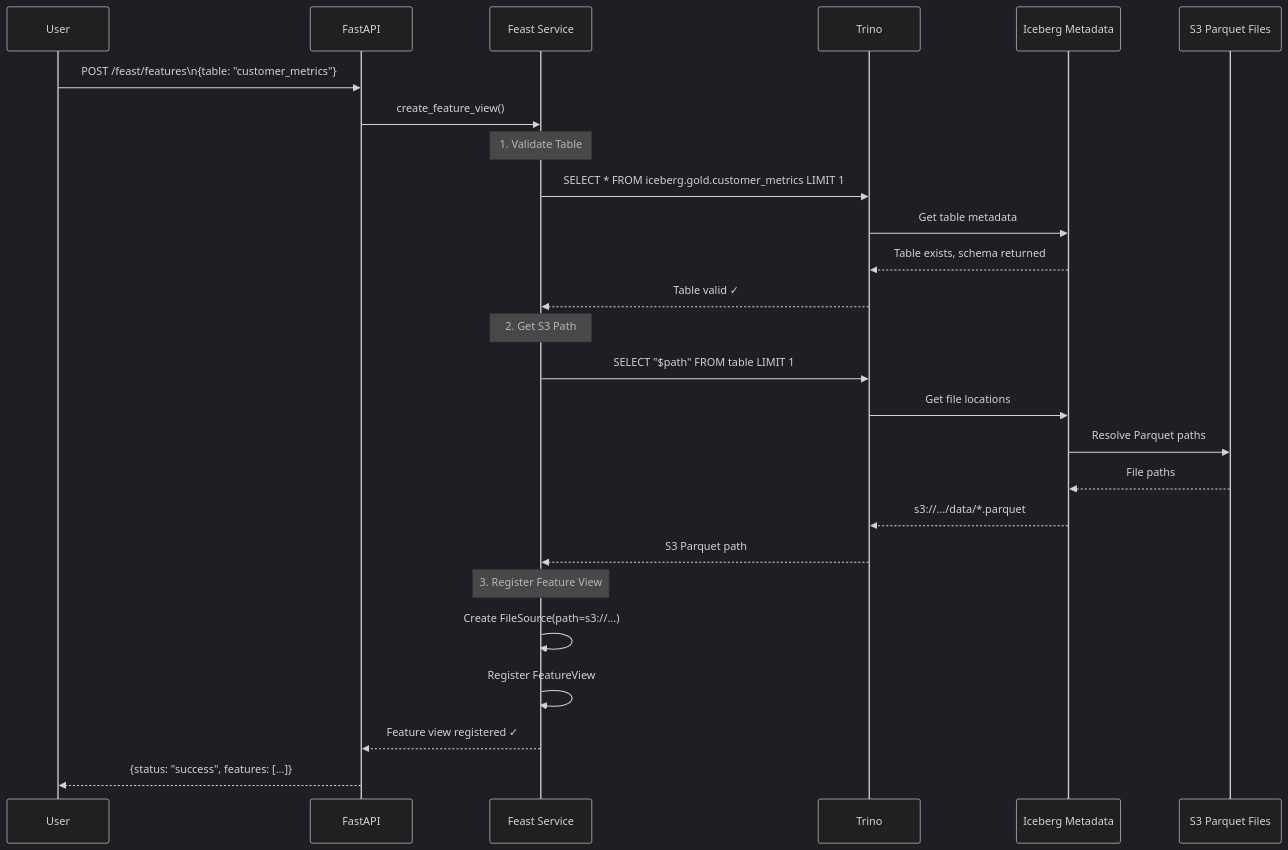
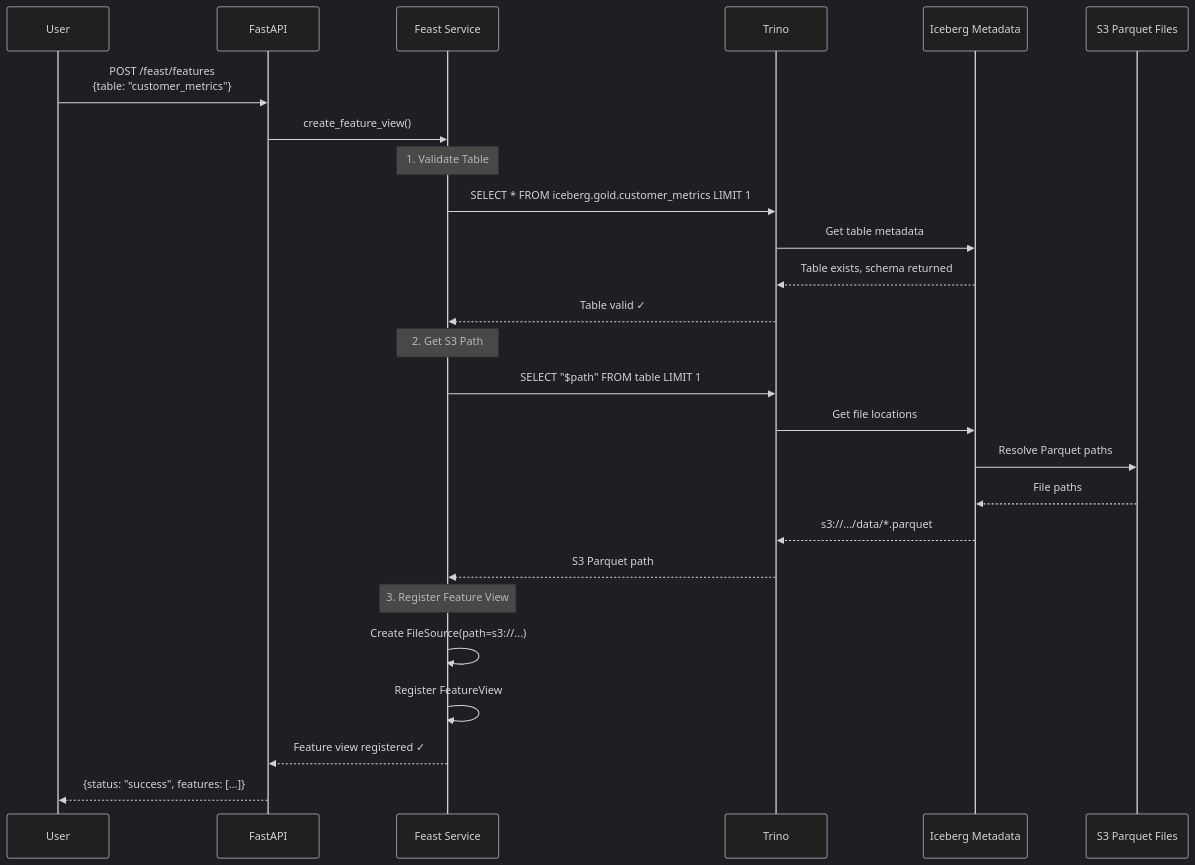
Diagram 12 of 19 in docs/COMPLETE_ARCHITECTURE.md (snowcell-cloud/asgard), drawn with Mermaid (dark theme) before and after one commit. The commit also changed other lines of this file and 16 other files, not shown here.

````diff
--- a/docs/COMPLETE_ARCHITECTURE.md
+++ b/docs/COMPLETE_ARCHITECTURE.md
@@ -874,33 +934,33 @@
 ```mermaid
 sequenceDiagram
     participant User
     participant API as FastAPI
     participant Feast as Feast Service
     participant Trino as Trino
     participant Iceberg as Iceberg Metadata
     participant S3 as S3 Parquet Files
 
-    User->>API: POST /feast/features\n{table: "customer_metrics"}
+    User->>API: POST /feast/features<br/>{table: "customer_metrics"}
     API->>Feast: create_feature_view()
 
     Note over Feast: 1. Validate Table
     Feast->>Trino: SELECT * FROM iceberg.gold.customer_metrics LIMIT 1
     Trino->>Iceberg: Get table metadata
     Iceberg-->>Trino: Table exists, schema returned
     Trino-->>Feast: Table valid ✓
 
     Note over Feast: 2. Get S3 Path
     Feast->>Trino: SELECT "$path" FROM table LIMIT 1
     Trino->>Iceberg: Get file locations
     Iceberg->>S3: Resolve Parquet paths
     S3-->>Iceberg: File paths
     Iceberg-->>Trino: s3://.../data/*.parquet
     Trino-->>Feast: S3 Parquet path
 
     Note over Feast: 3. Register Feature View
     Feast->>Feast: Create FileSource(path=s3://...)
     Feast->>Feast: Register FeatureView
 
     Feast-->>API: Feature view registered ✓
     API-->>User: {status: "success", features: [...]}
 ```
````
